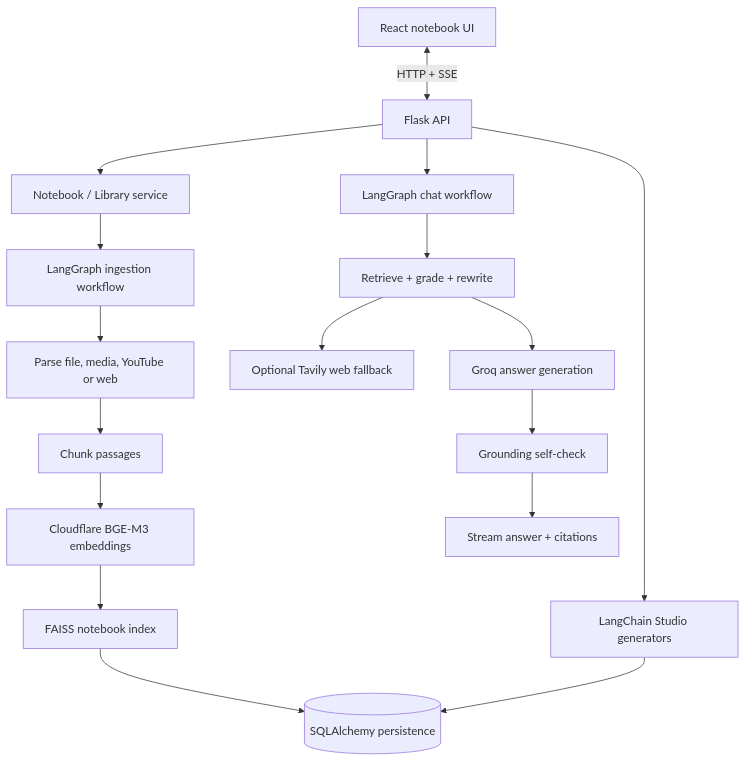
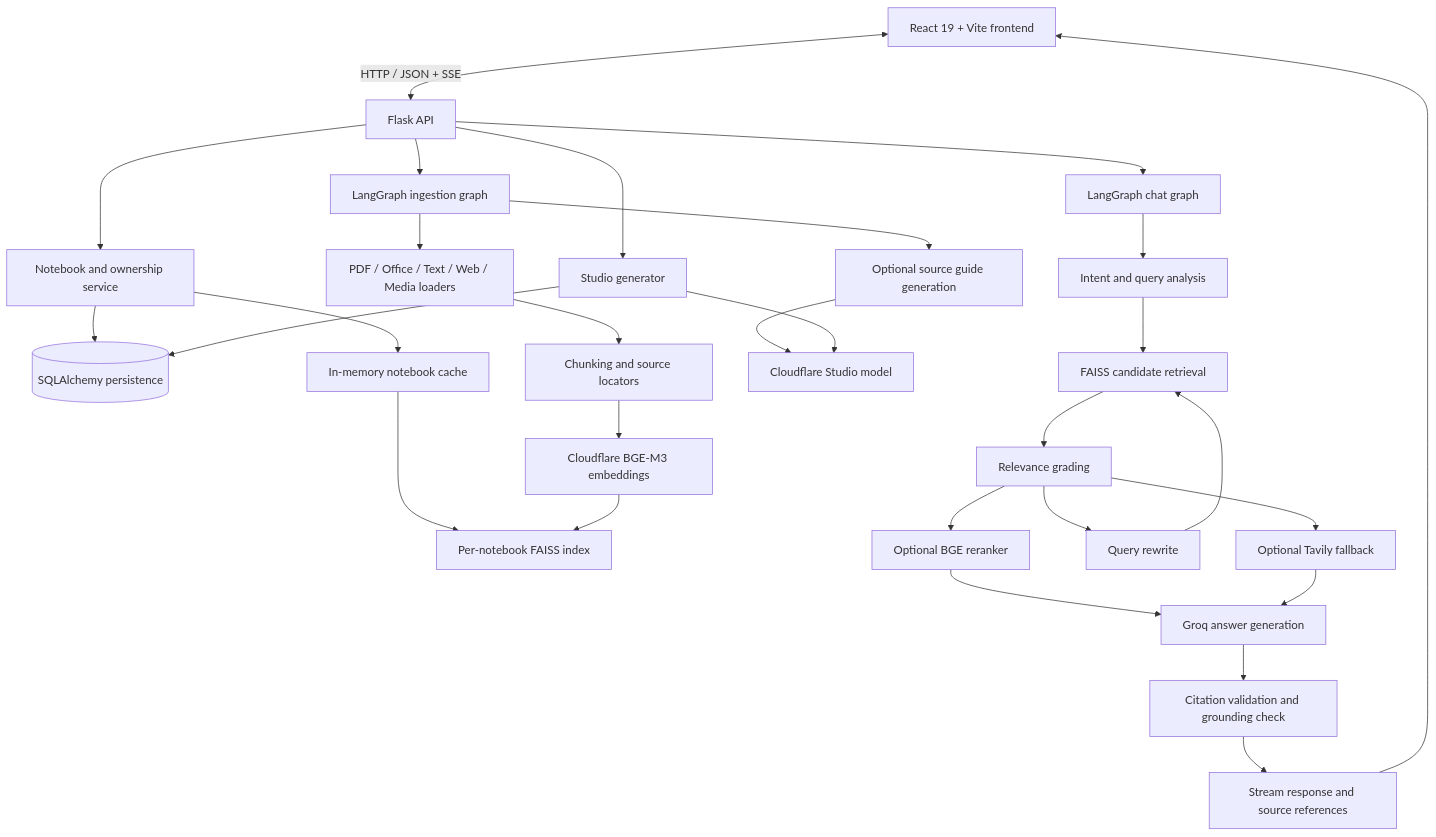
The diagram in README.md (srini526/RAG_Based_AI_Notebook), drawn with Mermaid before and after one commit. The commit also changed other lines of this file, not shown here.

Commit message:
Rewrite README from repository-wide implementation audit

````diff
--- a/README.md
+++ b/README.md
@@ -37,19 +87,35 @@
-```mermaid
+~~~mermaid
 flowchart TD
-    A[React notebook UI] <-->|HTTP + SSE| B[Flask API]
-    B --> C[Notebook / Library service]
-    C --> D[LangGraph ingestion workflow]
-    D --> E[Parse file, media, YouTube or web]
-    E --> F[Chunk passages]
-    F --> G[Cloudflare BGE-M3 embeddings]
-    G --> H[FAISS notebook index]
-    H --> I[(SQLAlchemy persistence)]
-    B --> J[LangGraph chat workflow]
-    J --> K[Retrieve + grade + rewrite]
-    K --> L[Optional Tavily web fallback]
-    K --> M[Groq answer generation]
-    M --> N[Grounding self-check]
-    N --> O[Stream answer + citations]
-    B --> P[LangChain Studio generators]
-    P --> I
-```
+    UI[React 19 + Vite frontend] <-->|HTTP / JSON + SSE| API[Flask API]
+
+    API --> NB[Notebook and ownership service]
+    NB --> DB[(SQLAlchemy persistence)]
+    NB --> CACHE[In-memory notebook cache]
+    CACHE --> FAISS[Per-notebook FAISS index]
+
+    API --> INGEST[LangGraph ingestion graph]
+    INGEST --> PARSE[PDF / Office / Text / Web / Media loaders]
+    PARSE --> CHUNK[Chunking and source locators]
+    CHUNK --> EMBED[Cloudflare BGE-M3 embeddings]
+    EMBED --> FAISS
+    INGEST --> GUIDE[Optional source guide generation]
+    GUIDE --> STUDIO_MODEL[Cloudflare Studio model]
+
+    API --> CHAT[LangGraph chat graph]
+    CHAT --> ROUTE[Intent and query analysis]
+    ROUTE --> RETRIEVE[FAISS candidate retrieval]
+    RETRIEVE --> GRADE[Relevance grading]
+    GRADE --> RERANK[Optional BGE reranker]
+    RERANK --> ANSWER[Groq answer generation]
+    GRADE --> REWRITE[Query rewrite]
+    REWRITE --> RETRIEVE
+    GRADE --> WEB[Optional Tavily fallback]
+    WEB --> ANSWER
+    ANSWER --> CHECK[Citation validation and grounding check]
+    CHECK --> STREAM[Stream response and source references]
+    STREAM --> UI
+
+    API --> STUDIO[Studio generator]
+    STUDIO --> STUDIO_MODEL
+    STUDIO --> DB
+~~~
````
